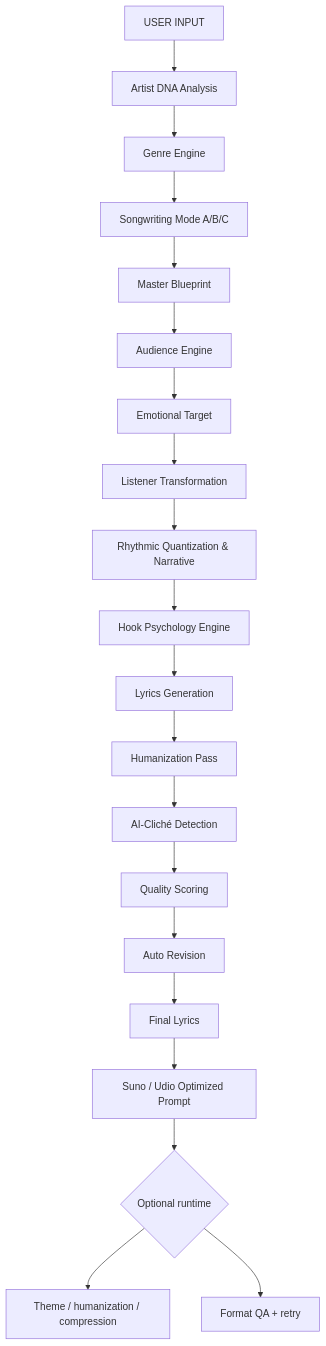
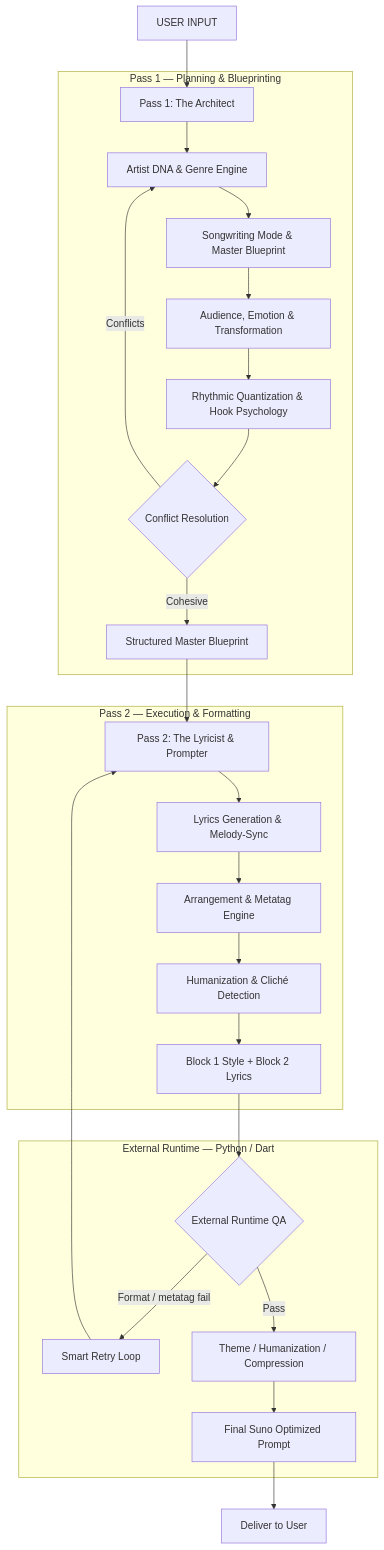
The diagram in docs/CREATION_PIPELINE.md (Mrtitanium13/muisc-director), drawn with Mermaid before and after one commit. The commit also changed other lines of this file and 658 other files, not shown here.

````diff
--- a/docs/CREATION_PIPELINE.md
+++ b/docs/CREATION_PIPELINE.md
@@ -9,22 +11,34 @@
 ```mermaid
 flowchart TD
-  A[USER INPUT] --> B[Artist DNA Analysis]
-  B --> C[Genre Engine]
-  C --> D[Songwriting Mode A/B/C]
-  D --> E[Master Blueprint]
-  E --> F[Audience Engine]
-  F --> G[Emotional Target]
-  G --> H[Listener Transformation]
-  H --> I[Rhythmic Quantization & Narrative]
-  I --> J[Hook Psychology Engine]
-  J --> K[Lyrics Generation]
-  K --> L[Humanization Pass]
-  L --> M[AI-Cliché Detection]
-  M --> N[Quality Scoring]
-  N --> O[Auto Revision]
-  O --> P[Final Lyrics]
-  P --> Q[Suno / Udio Optimized Prompt]
-  Q --> R{Optional runtime}
-  R --> S[Theme / humanization / compression]
-  R --> T[Format QA + retry]
+  A[USER INPUT] --> B[Pass 1: The Architect]
+
+  subgraph Pass1["Pass 1 — Planning & Blueprinting"]
+    B --> C[Artist DNA & Genre Engine]
+    C --> D[Songwriting Mode & Master Blueprint]
+    D --> E[Audience, Emotion & Transformation]
+    E --> F[Rhythmic Quantization & Hook Psychology]
+    F --> G{Conflict Resolution}
+    G -- Conflicts --> C
+    G -- Cohesive --> H[Structured Master Blueprint]
+  end
+
+  H --> I[Pass 2: The Lyricist & Prompter]
+
+  subgraph Pass2["Pass 2 — Execution & Formatting"]
+    I --> J[Lyrics Generation & Melody-Sync]
+    J --> K[Arrangement & Metatag Engine]
+    K --> L[Humanization & Cliché Detection]
+    L --> M[Block 1 Style + Block 2 Lyrics]
+  end
+
+  M --> N{External Runtime QA}
+
+  subgraph External["External Runtime — Python / Dart"]
+    N -- Format / metatag fail --> O[Smart Retry Loop]
+    O --> I
+    N -- Pass --> P[Theme / Humanization / Compression]
+    P --> Q[Final Suno Optimized Prompt]
+  end
+
+  Q --> R[Deliver to User]
 ```
````
